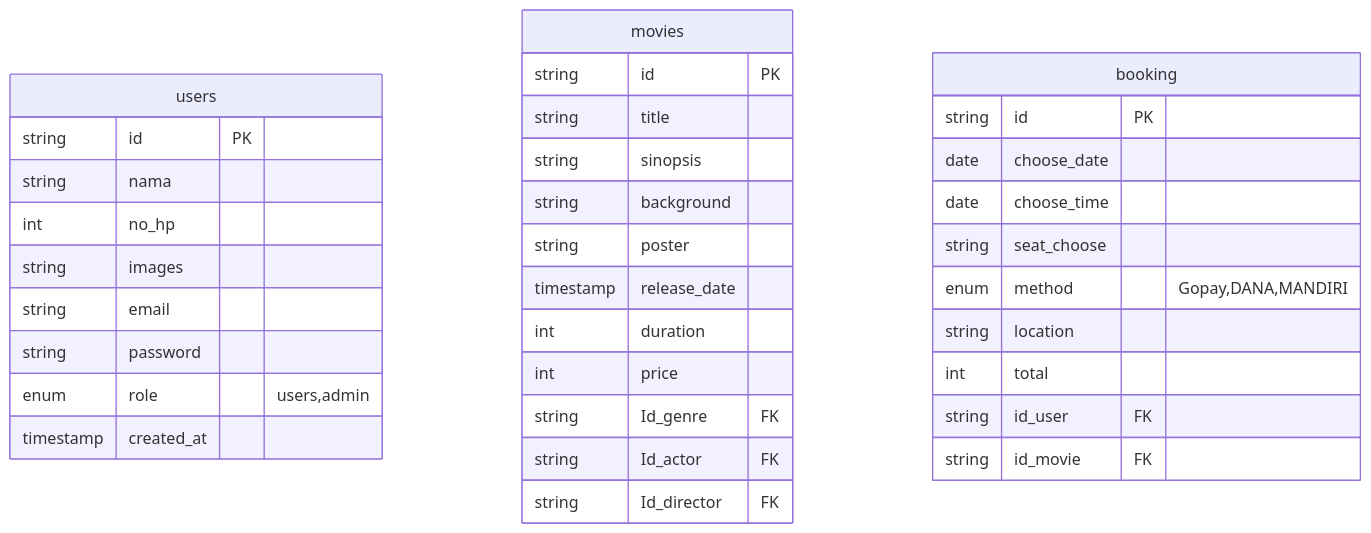
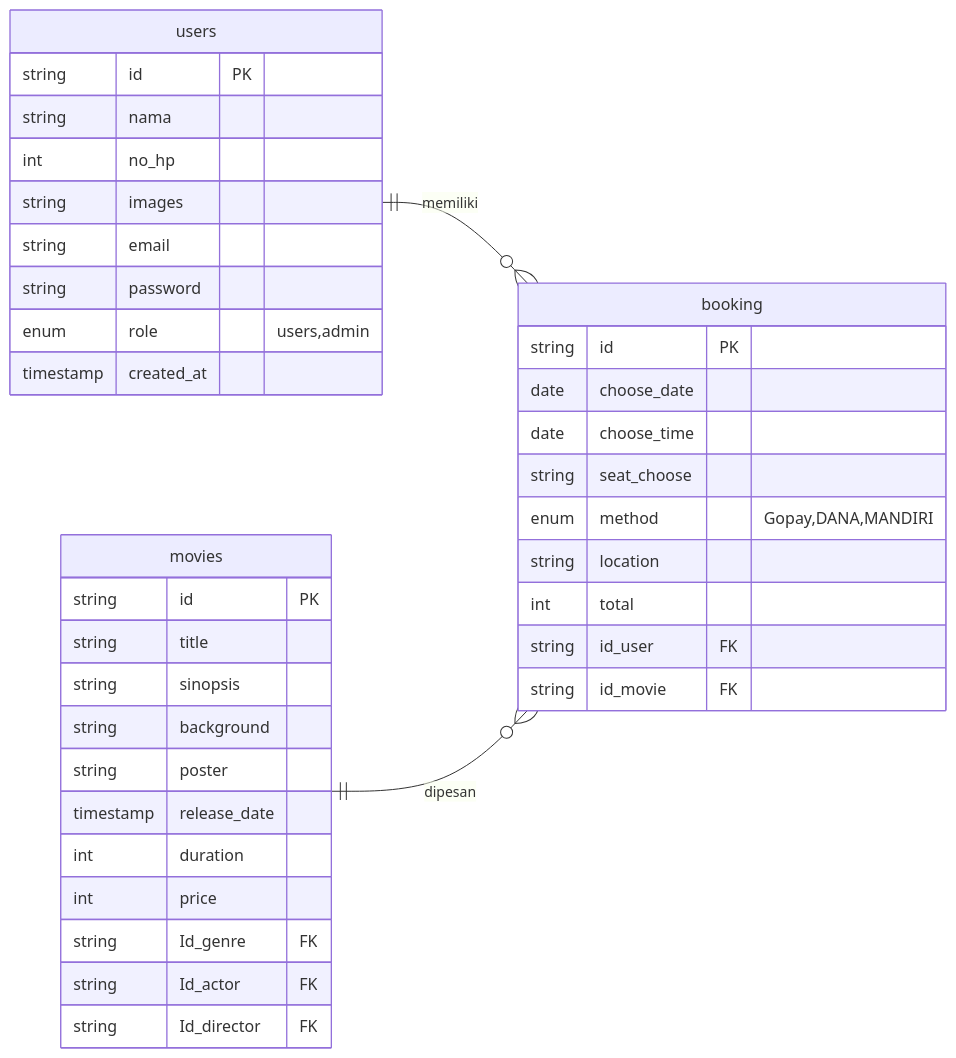
Before and after one commit to HN721/fgo24-db-weeklytask: the diagram in readme.md, drawn with Mermaid.

Commit message:
feat: add relasi

````diff
--- a/readme.md
+++ b/readme.md
@@ -3,39 +3,42 @@
 ```mermaid
 erDiagram
+direction LR
+users ||--o{ booking : memiliki
+movies ||--o{ booking : dipesan
 
 users{
     string id PK
     string nama
     int no_hp
     string images
     string email
     string password
     enum role "users,admin"
     timestamp created_at
 }
 movies{
     string id PK
     string title
     string sinopsis
     string background
     string poster
     timestamp release_date
     int duration
     int price
     string Id_genre FK
     string Id_actor FK
     string Id_director FK
 }
 booking{
     string id PK
     date choose_date
     date choose_time
     string seat_choose
     enum method "Gopay,DANA,MANDIRI"
     string location
     int total
     string id_user FK
     string id_movie FK
 }
 
 ```
````
